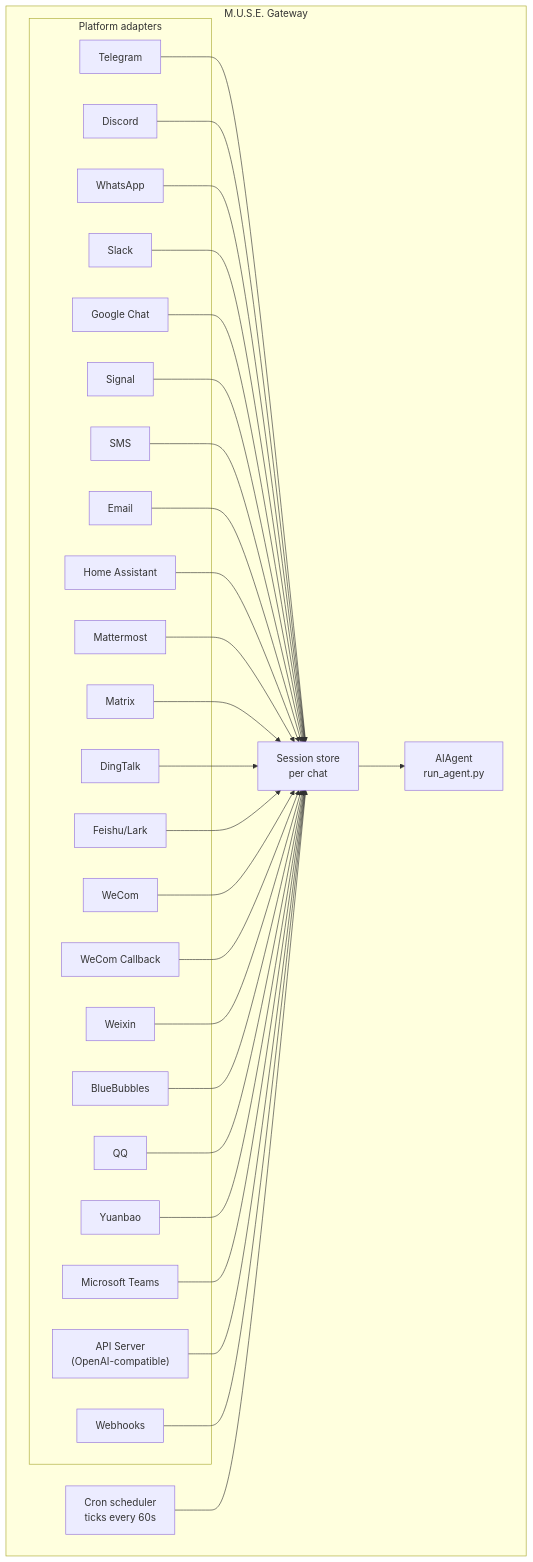
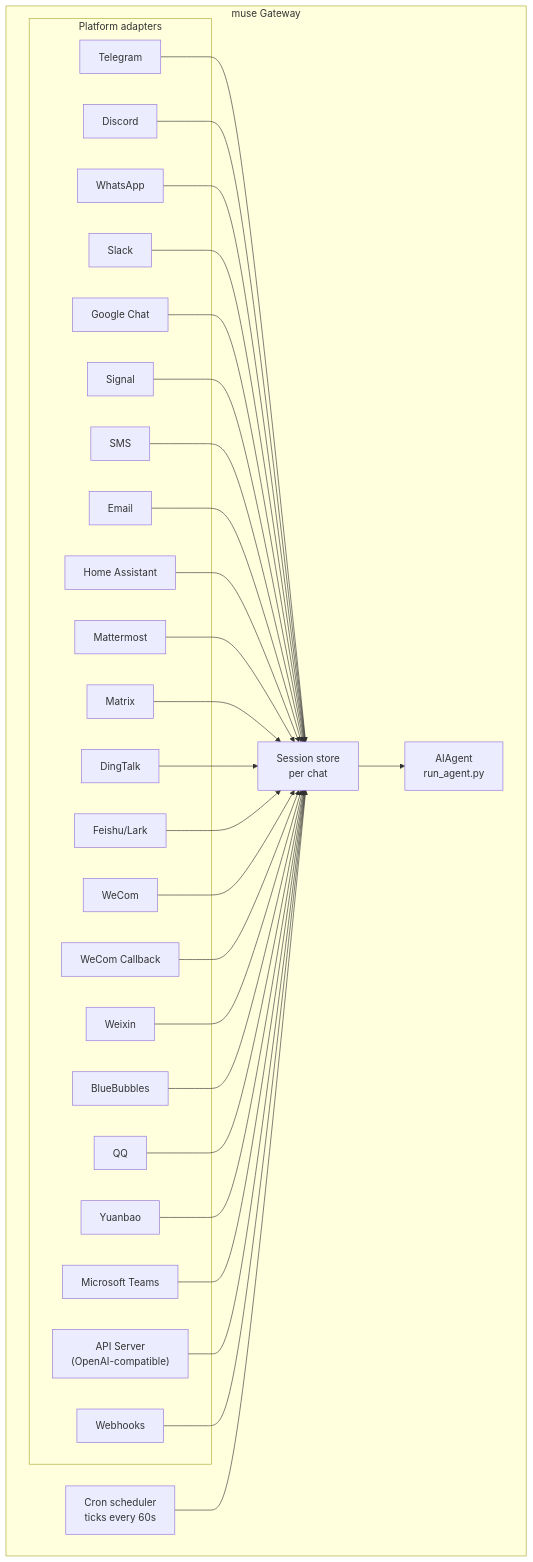
Before and after one commit to A-C-I-SOFTWARE-AND-DEVELOPMENT/M.U.S.E: the diagram in website/docs/user-guide/messaging/index.md, drawn with Mermaid. The commit also changed other lines of this file and 1060 other files, not shown here.

````diff
--- a/website/docs/user-guide/messaging/index.md
+++ b/website/docs/user-guide/messaging/index.md
@@ -43,58 +43,58 @@
 ```mermaid
 flowchart TB
-    subgraph Gateway["M.U.S.E. Gateway"]
+    subgraph Gateway["muse Gateway"]
         subgraph Adapters["Platform adapters"]
             tg[Telegram]
             dc[Discord]
             wa[WhatsApp]
             sl[Slack]
             gc[Google Chat]
             sig[Signal]
             sms[SMS]
             em[Email]
             ha[Home Assistant]
             mm[Mattermost]
             mx[Matrix]
             dt[DingTalk]
     fs[Feishu/Lark]
     wc[WeCom]
     wcb[WeCom Callback]
     wx[Weixin]
     bb[BlueBubbles]
     qq[QQ]
     yb[Yuanbao]
     ms[Microsoft Teams]
     api["API Server<br/>(OpenAI-compatible)"]
     wh[Webhooks]
         end
 
         store["Session store<br/>per chat"]
         agent["AIAgent<br/>run_agent.py"]
         cron["Cron scheduler<br/>ticks every 60s"]
     end
 
     tg --> store
     dc --> store
     wa --> store
     sl --> store
     gc --> store
     sig --> store
     sms --> store
     em --> store
     ha --> store
     mm --> store
     mx --> store
     dt --> store
     fs --> store
     wc --> store
     wcb --> store
     wx --> store
     bb --> store
     qq --> store
     yb --> store
     ms --> store
     api --> store
     wh --> store
     store --> agent
     cron --> store
 ```
````
